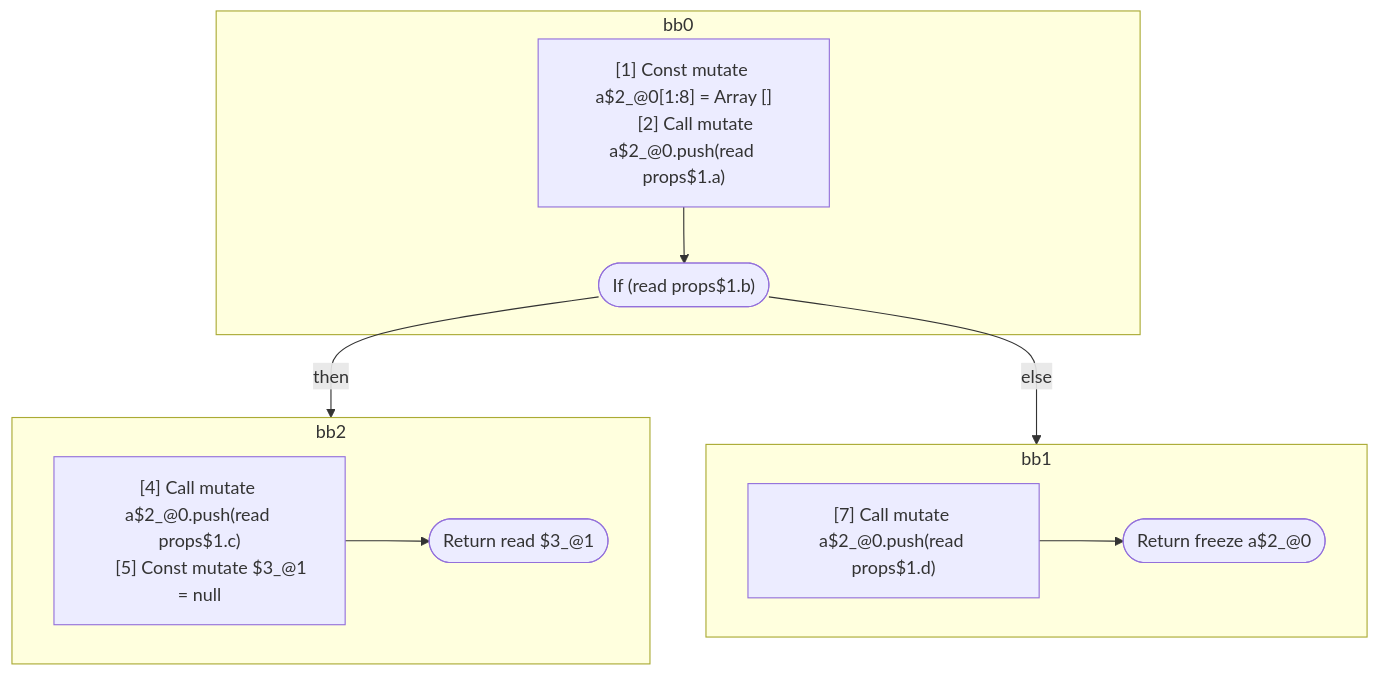
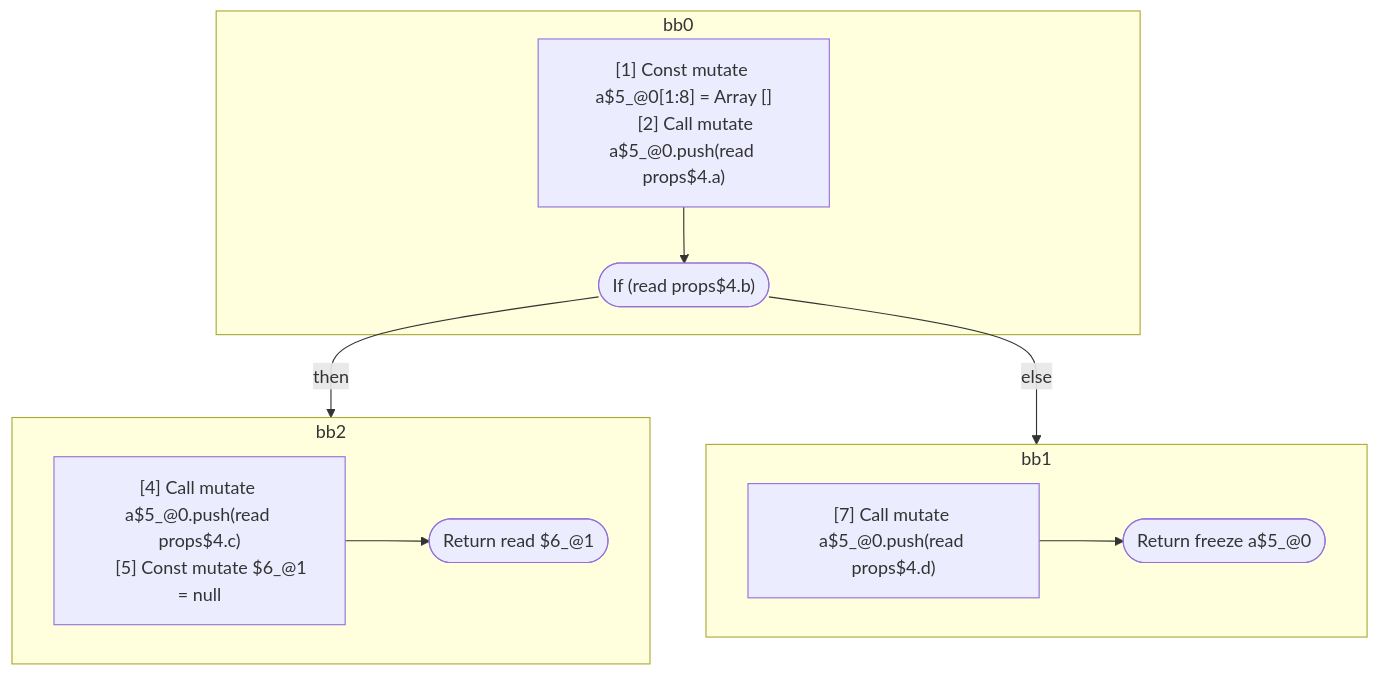
Before and after one commit to wutsmog/private: the third of 5 diagrams in compiler/forget/src/__tests__/fixtures/hir/conditional-break.expect.md, drawn with Mermaid. The commit also changed other lines of this file and 59 other files, not shown here.

````diff
--- a/compiler/forget/src/__tests__/fixtures/hir/conditional-break.expect.md
+++ b/compiler/forget/src/__tests__/fixtures/hir/conditional-break.expect.md
@@ -224,29 +224,29 @@
 ```mermaid
 flowchart TB
   %% Basic Blocks
   subgraph bb0
     bb0_instrs["
-      [1] Const mutate a$2_@0[1:8] = Array []
-      [2] Call mutate a$2_@0.push(read props$1.a)
+      [1] Const mutate a$5_@0[1:8] = Array []
+      [2] Call mutate a$5_@0.push(read props$4.a)
     "]
-    bb0_instrs --> bb0_terminal(["If (read props$1.b)"])
+    bb0_instrs --> bb0_terminal(["If (read props$4.b)"])
   end
   subgraph bb2
     bb2_instrs["
-      [4] Call mutate a$2_@0.push(read props$1.c)
-      [5] Const mutate $3_@1 = null
+      [4] Call mutate a$5_@0.push(read props$4.c)
+      [5] Const mutate $6_@1 = null
     "]
-    bb2_instrs --> bb2_terminal(["Return read $3_@1"])
+    bb2_instrs --> bb2_terminal(["Return read $6_@1"])
   end
   subgraph bb1
     bb1_instrs["
-      [7] Call mutate a$2_@0.push(read props$1.d)
+      [7] Call mutate a$5_@0.push(read props$4.d)
     "]
-    bb1_instrs --> bb1_terminal(["Return freeze a$2_@0"])
+    bb1_instrs --> bb1_terminal(["Return freeze a$5_@0"])
   end
 
   %% Jumps
   bb0_terminal -- "then" --> bb2
   bb0_terminal -- "else" --> bb1
 
 ```
````
